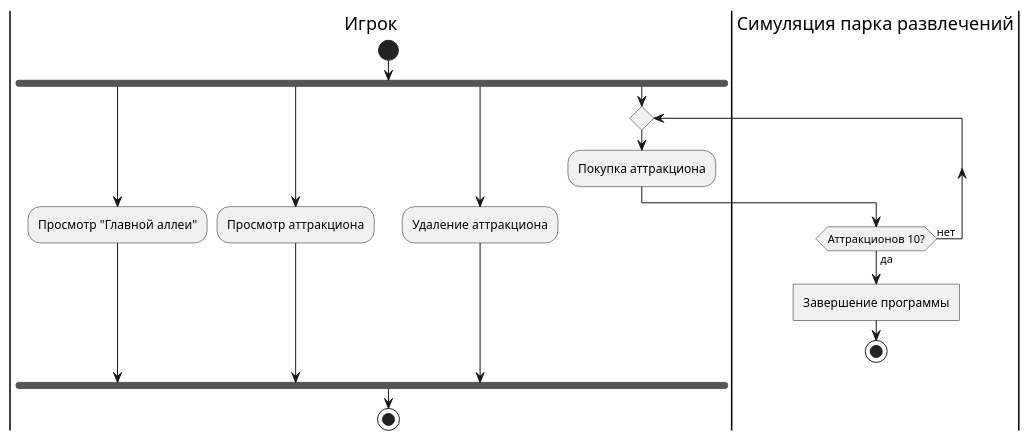
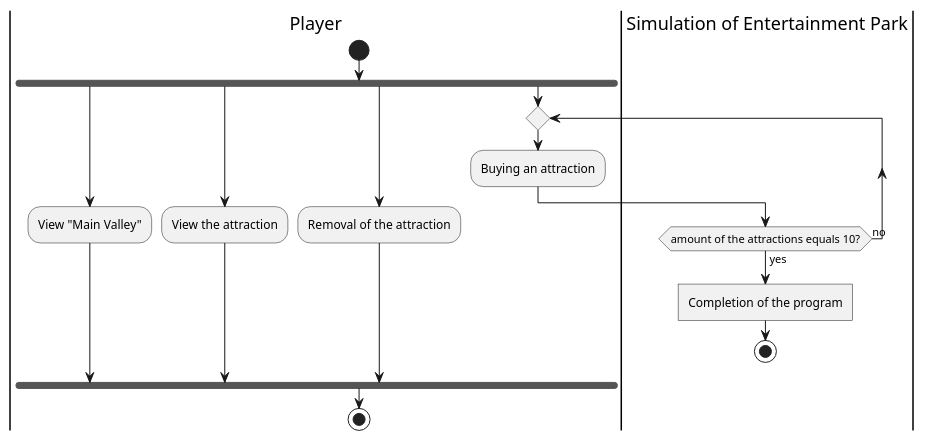
One commit to mzhirko/amusement-park changed the diagram in description/diagrams/diagrams-en/activity/main-attraction-activity-diagram.wsd. Above: the diagram before and after it, drawn with PlantUML. The commit also changed 25 other files, not shown here.

Commit message:
Translate activity diagrams + render imgs

```diff
--- a/description/diagrams/diagrams-en/activity/main-attraction-activity-diagram.wsd
+++ b/description/diagrams/diagrams-en/activity/main-attraction-activity-diagram.wsd
@@ -1,20 +1,20 @@
 @startuml
-|Игрок|
+|Player|
 start
 fork
-:Просмотр "Главной аллеи";
+:View "Main Valley";
 forkagain
-:Просмотр аттракциона;
+:View the attraction;
 forkagain
-:Удаление аттракциона;
+:Removal of the attraction;
 forkagain
 repeat
-:Покупка аттракциона;
-|Симуляция парка развлечений|
-repeat while (Аттракционов 10?) is (нет) not (да)
-:Завершение программы]
+:Buying an attraction;
+|Simulation of Entertainment Park|
+repeat while (amount of the attractions equals 10?) is (no) not (yes)
+:Completion of the program]
 stop
-|Игрок|
+|Player|
 endfork
 stop
 @enduml
```
